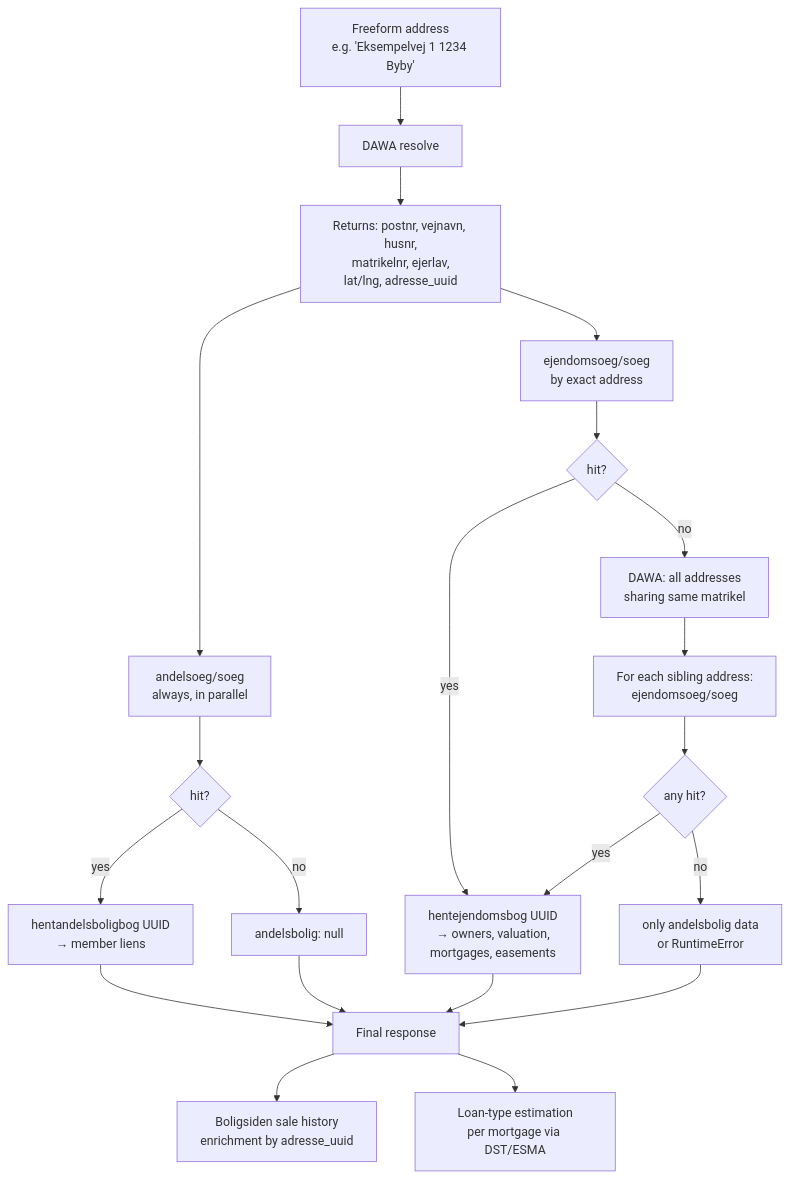
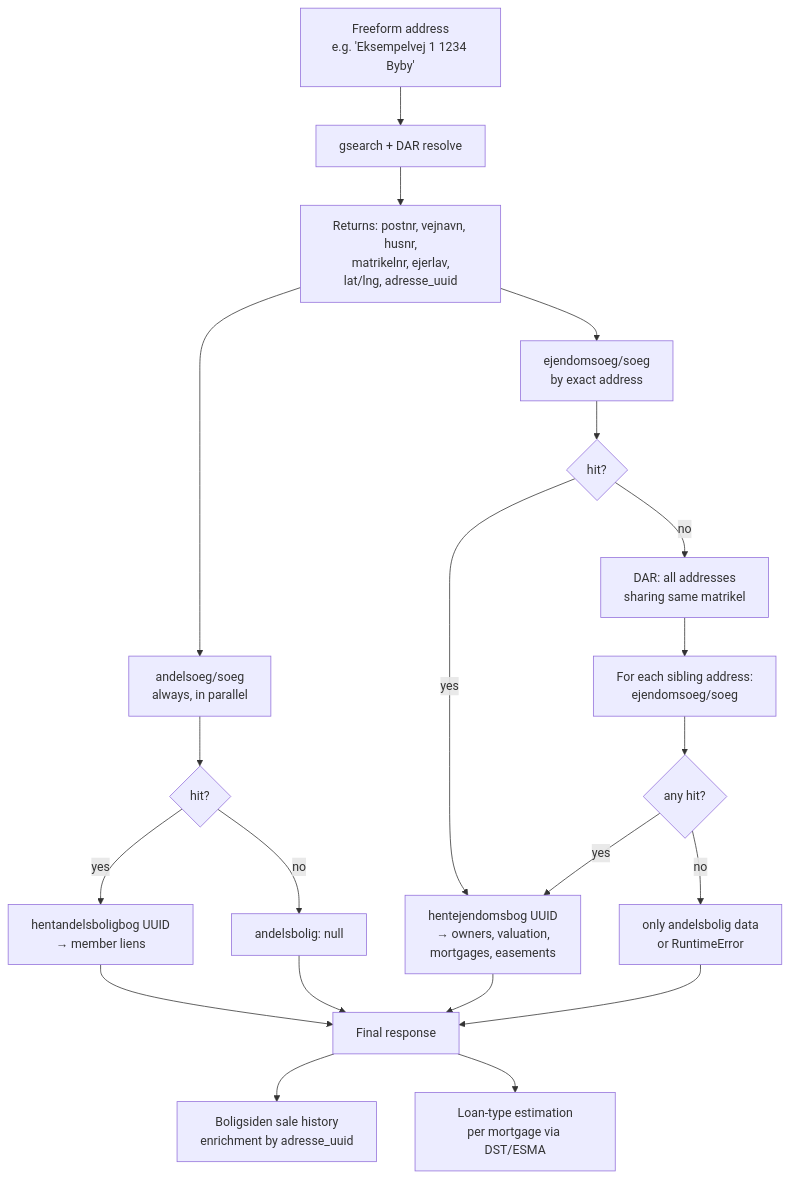
One commit to Doessing/nosynabo changed the first of 4 diagrams in README.md. Above: the diagram before and after it, drawn with Mermaid. The commit also changed other lines of this file and 9 other files, not shown here.

First line of the commit message:
feat: replace DAWA with gsearch + Datafordeler GraphQL (#26)

````diff
--- a/README.md
+++ b/README.md
@@ -170,29 +174,29 @@
 ```mermaid
 flowchart TD
     A["Freeform address<br/>e.g. 'Eksempelvej 1 1234 Byby'"]
-    A --> B[DAWA resolve]
+    A --> B[gsearch + DAR resolve]
     B --> C["Returns: postnr, vejnavn, husnr,<br/>matrikelnr, ejerlav,<br/>lat/lng, adresse_uuid"]
 
     C --> D[andelsoeg/soeg<br/>always, in parallel]
     C --> E[ejendomsoeg/soeg<br/>by exact address]
 
     D --> D1{hit?}
     D1 -- yes --> D2[hentandelsboligbog UUID<br/>&rarr; member liens]
     D1 -- no --> D3[andelsbolig: null]
 
     E --> E1{hit?}
     E1 -- yes --> E2[hentejendomsbog UUID<br/>&rarr; owners, valuation,<br/>mortgages, easements]
-    E1 -- no --> F[DAWA: all addresses<br/>sharing same matrikel]
+    E1 -- no --> F[DAR: all addresses<br/>sharing same matrikel]
     F --> G[For each sibling address:<br/>ejendomsoeg/soeg]
     G --> G1{any hit?}
     G1 -- yes --> E2
     G1 -- no --> H[only andelsbolig data<br/>or RuntimeError]
 
     E2 --> J[Final response]
     D2 --> J
     D3 --> J
     H --> J
 
     J --> K[Boligsiden sale history<br/>enrichment by adresse_uuid]
     J --> L[Loan-type estimation<br/>per mortgage via DST/ESMA]
 ```
````
